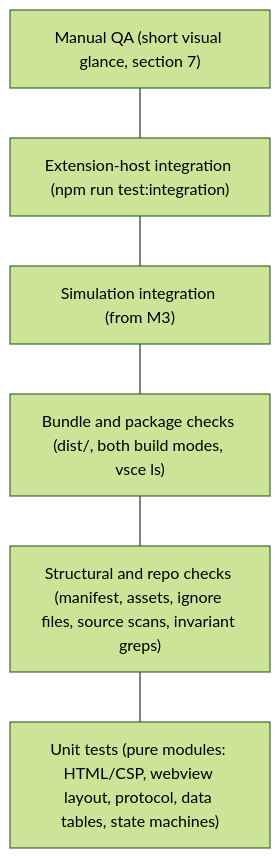
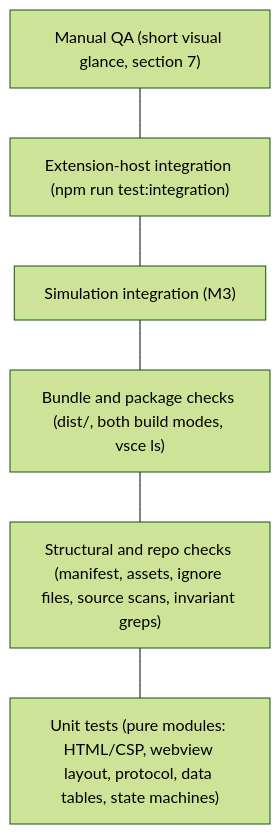
One commit to GrapeJuicer01/vscode-dungeon-crawlers changed the diagram in docs/engineering/testing-strategy.md. Above: the diagram before and after it, drawn with Mermaid (forest theme). The commit also changed other lines of this file and 61 other files, not shown here.

````diff
--- a/docs/engineering/testing-strategy.md
+++ b/docs/engineering/testing-strategy.md
@@ -79,10 +93,10 @@
 ```mermaid
 flowchart TB
   M["Manual QA (short visual glance, section 7)"]
   E["Extension-host integration (npm run test:integration)"]
-  I["Simulation integration (from M3)"]
+  I["Simulation integration (M3)"]
   B["Bundle and package checks (dist/, both build modes, vsce ls)"]
   S["Structural and repo checks (manifest, assets, ignore files, source scans, invariant greps)"]
   U["Unit tests (pure modules: HTML/CSP, webview layout, protocol, data tables, state machines)"]
   M --- E --- I --- B --- S --- U
 ```
````
